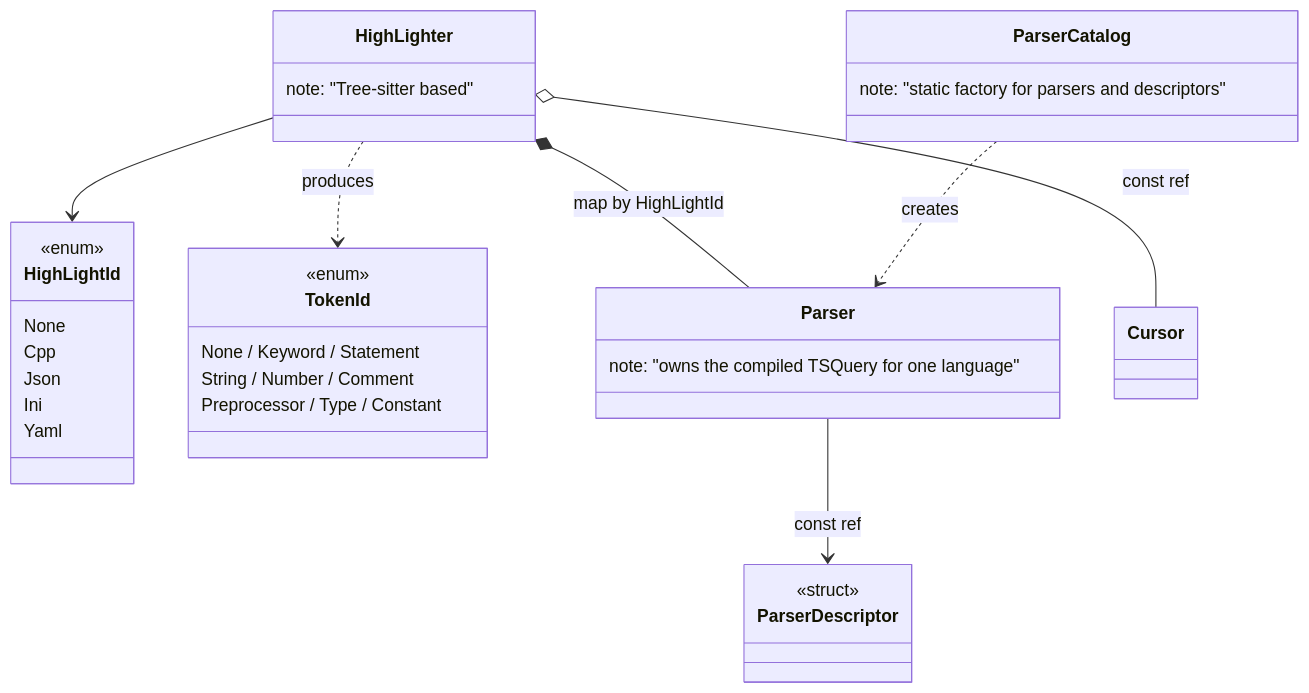
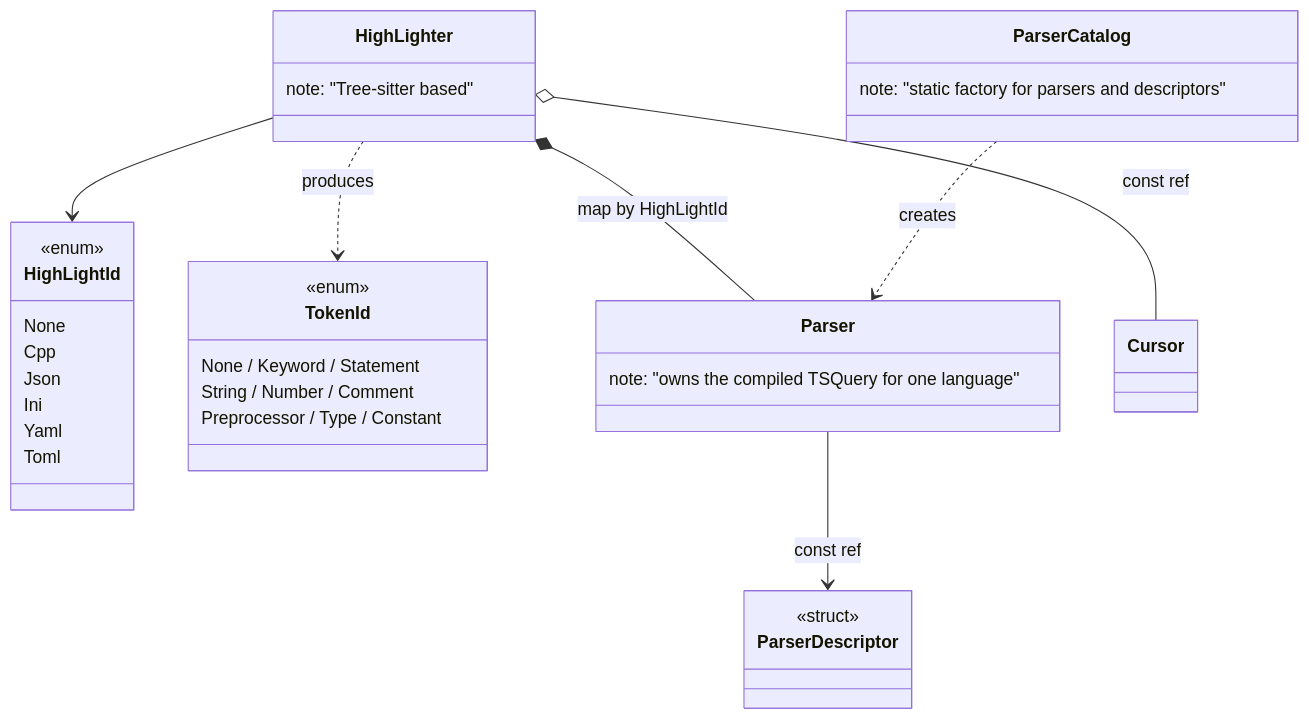
Before and after one commit to notnotme/bbloc: the fifth of 10 diagrams in docs/class_diagram.md, drawn with Mermaid. The commit also changed 3 other files, not shown here.

````diff
--- a/docs/class_diagram.md
+++ b/docs/class_diagram.md
@@ -133,37 +133,38 @@
 ```mermaid
 classDiagram
     class HighLighter {
         note: "Tree-sitter based"
     }
     class HighLightId {
         <<enum>>
         None
         Cpp
         Json
         Ini
         Yaml
+        Toml
     }
     class TokenId {
         <<enum>>
         None / Keyword / Statement
         String / Number / Comment
         Preprocessor / Type / Constant
     }
     class Parser {
         note: "owns the compiled TSQuery for one language"
     }
     class ParserDescriptor {
         <<struct>>
     }
     class ParserCatalog {
         note: "static factory for parsers and descriptors"
     }
     class Cursor
 
     HighLighter o-- Cursor : const ref
     HighLighter *-- Parser : map by HighLightId
     Parser --> ParserDescriptor : const ref
     ParserCatalog ..> Parser : creates
     HighLighter --> HighLightId
     HighLighter ..> TokenId : produces
 ```
````
